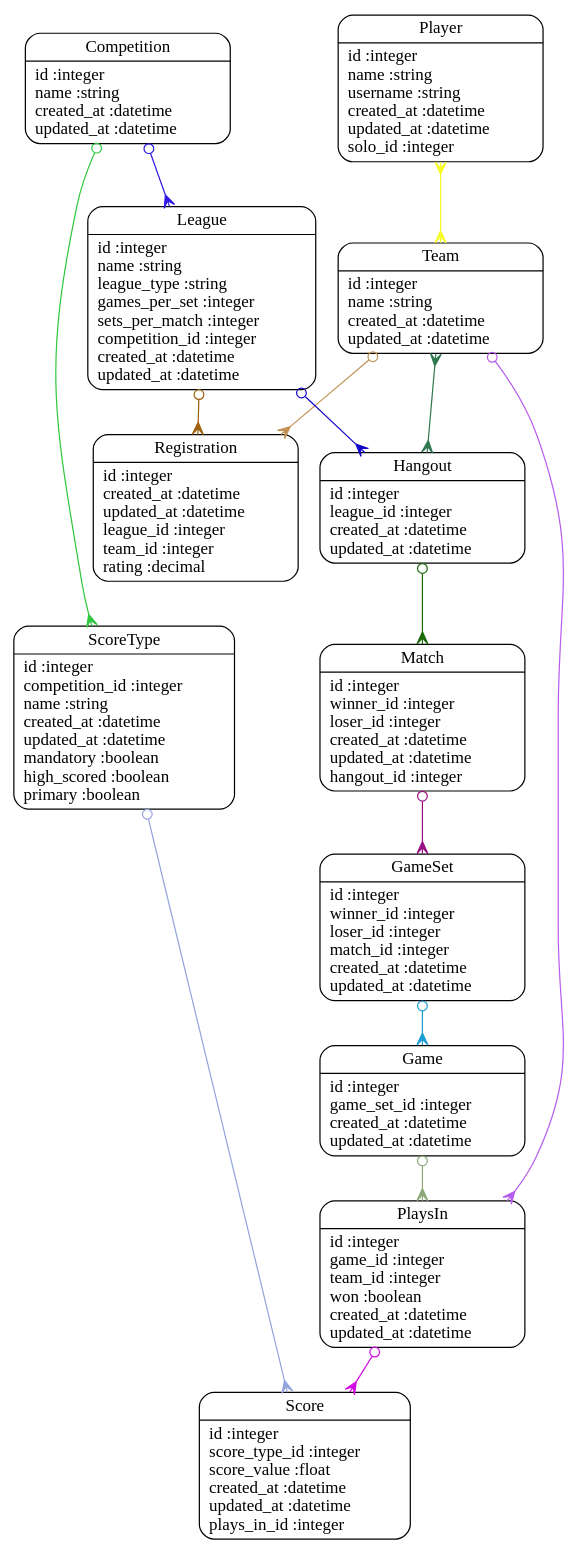
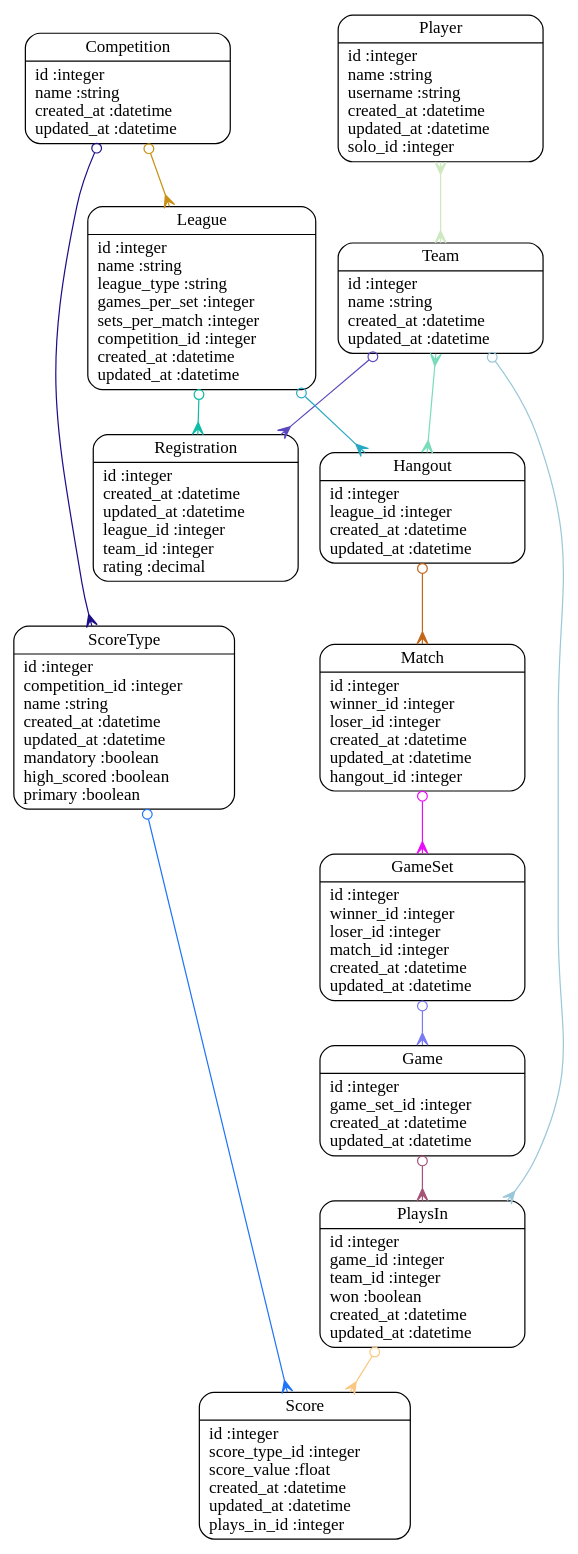
One commit to jonpiffle/DynamicCompetitionTracker changed the diagram in models.dot. Above: the diagram before and after it, drawn with Graphviz. The commit also changed 5 other files, not shown here.

Commit message:
diagrams

```diff
--- a/models.dot
+++ b/models.dot
@@ -1,29 +1,29 @@
 digraph models_diagram {
 	graph[overlap=false, splines=true]
 	"GameSet" [shape=Mrecord, label="{GameSet|id :integer\lwinner_id :integer\lloser_id :integer\lmatch_id :integer\lcreated_at :datetime\lupdated_at :datetime\l}"]
 	"Game" [shape=Mrecord, label="{Game|id :integer\lgame_set_id :integer\lcreated_at :datetime\lupdated_at :datetime\l}"]
 	"ScoreType" [shape=Mrecord, label="{ScoreType|id :integer\lcompetition_id :integer\lname :string\lcreated_at :datetime\lupdated_at :datetime\lmandatory :boolean\lhigh_scored :boolean\lprimary :boolean\l}"]
 	"Player" [shape=Mrecord, label="{Player|id :integer\lname :string\lusername :string\lcreated_at :datetime\lupdated_at :datetime\lsolo_id :integer\l}"]
 	"PlaysIn" [shape=Mrecord, label="{PlaysIn|id :integer\lgame_id :integer\lteam_id :integer\lwon :boolean\lcreated_at :datetime\lupdated_at :datetime\l}"]
 	"Team" [shape=Mrecord, label="{Team|id :integer\lname :string\lcreated_at :datetime\lupdated_at :datetime\l}"]
 	"Match" [shape=Mrecord, label="{Match|id :integer\lwinner_id :integer\lloser_id :integer\lcreated_at :datetime\lupdated_at :datetime\lhangout_id :integer\l}"]
 	"Registration" [shape=Mrecord, label="{Registration|id :integer\lcreated_at :datetime\lupdated_at :datetime\lleague_id :integer\lteam_id :integer\lrating :decimal\l}"]
 	"Score" [shape=Mrecord, label="{Score|id :integer\lscore_type_id :integer\lscore_value :float\lcreated_at :datetime\lupdated_at :datetime\lplays_in_id :integer\l}"]
 	"League" [shape=Mrecord, label="{League|id :integer\lname :string\lleague_type :string\lgames_per_set :integer\lsets_per_match :integer\lcompetition_id :integer\lcreated_at :datetime\lupdated_at :datetime\l}"]
 	"Hangout" [shape=Mrecord, label="{Hangout|id :integer\lleague_id :integer\lcreated_at :datetime\lupdated_at :datetime\l}"]
 	"Competition" [shape=Mrecord, label="{Competition|id :integer\lname :string\lcreated_at :datetime\lupdated_at :datetime\l}"]
-	"GameSet" -> "Game" [arrowtail=odot, arrowhead=crow, dir=both color="#1A9ED2"]
-	"Game" -> "PlaysIn" [arrowtail=odot, arrowhead=crow, dir=both color="#8BA978"]
-	"ScoreType" -> "Score" [arrowtail=odot, arrowhead=crow, dir=both color="#92A4DC"]
-	"Player" -> "Team" [arrowtail=crow, arrowhead=crow, dir=both color="#F6FB27"]
-	"PlaysIn" -> "Score" [arrowtail=odot, arrowhead=crow, dir=both color="#D40CE2"]
-	"Team" -> "Hangout" [arrowtail=crow, arrowhead=crow, dir=both color="#2F7950"]
-	"Team" -> "PlaysIn" [arrowtail=odot, arrowhead=crow, dir=both color="#B75DEE"]
-	"Team" -> "Registration" [arrowtail=odot, arrowhead=crow, dir=both color="#C29356"]
-	"Match" -> "GameSet" [arrowtail=odot, arrowhead=crow, dir=both color="#980F83"]
-	"League" -> "Hangout" [arrowtail=odot, arrowhead=crow, dir=both color="#1207C8"]
-	"League" -> "Registration" [arrowtail=odot, arrowhead=crow, dir=both color="#9E610D"]
-	"Hangout" -> "Match" [arrowtail=odot, arrowhead=crow, dir=both color="#1C6B08"]
-	"Competition" -> "ScoreType" [arrowtail=odot, arrowhead=crow, dir=both color="#30C73E"]
-	"Competition" -> "League" [arrowtail=odot, arrowhead=crow, dir=both color="#2D17E8"]
+	"GameSet" -> "Game" [arrowtail=odot, arrowhead=crow, dir=both color="#797AF2"]
+	"Game" -> "PlaysIn" [arrowtail=odot, arrowhead=crow, dir=both color="#A6537A"]
+	"ScoreType" -> "Score" [arrowtail=odot, arrowhead=crow, dir=both color="#1F73F9"]
+	"Player" -> "Team" [arrowtail=crow, arrowhead=crow, dir=both color="#CEE8C0"]
+	"PlaysIn" -> "Score" [arrowtail=odot, arrowhead=crow, dir=both color="#FBC782"]
+	"Team" -> "Hangout" [arrowtail=crow, arrowhead=crow, dir=both color="#79DCBC"]
+	"Team" -> "PlaysIn" [arrowtail=odot, arrowhead=crow, dir=both color="#9AC7D9"]
+	"Team" -> "Registration" [arrowtail=odot, arrowhead=crow, dir=both color="#5C47BE"]
+	"Match" -> "GameSet" [arrowtail=odot, arrowhead=crow, dir=both color="#E80DF9"]
+	"League" -> "Hangout" [arrowtail=odot, arrowhead=crow, dir=both color="#26A9C3"]
+	"League" -> "Registration" [arrowtail=odot, arrowhead=crow, dir=both color="#0DBCA4"]
+	"Hangout" -> "Match" [arrowtail=odot, arrowhead=crow, dir=both color="#C26619"]
+	"Competition" -> "ScoreType" [arrowtail=odot, arrowhead=crow, dir=both color="#1B0E89"]
+	"Competition" -> "League" [arrowtail=odot, arrowhead=crow, dir=both color="#C98F12"]
 }
```
